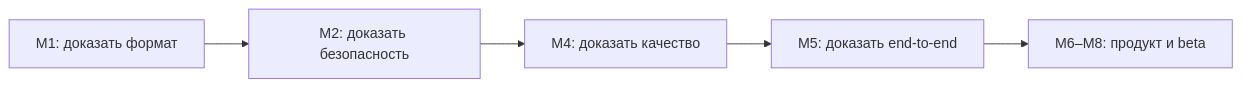
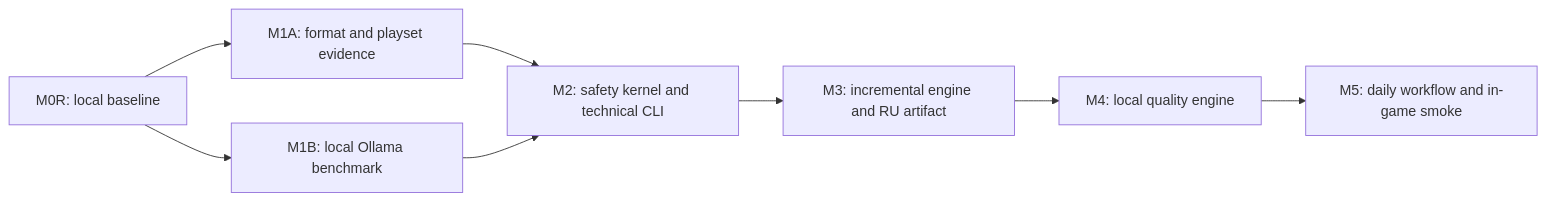
Before and after one commit to elenandar/Stellaris-mod-translator: the diagram in docs/roadmap.md, drawn with Mermaid. The commit also changed other lines of this file and 12 other files, not shown here.

````diff
--- a/docs/roadmap.md
+++ b/docs/roadmap.md
@@ -46,7 +41,10 @@
 ```mermaid
 flowchart LR
-    A["M1: доказать формат"] --> B["M2: доказать безопасность"]
-    B --> C["M4: доказать качество"]
-    C --> D["M5: доказать end-to-end"]
-    D --> E["M6–M8: продукт и beta"]
+    A["M0R: local baseline"] --> B["M1A: format and playset evidence"]
+    A --> C["M1B: local Ollama benchmark"]
+    B --> D["M2: safety kernel and technical CLI"]
+    C --> D
+    D --> E["M3: incremental engine and RU artifact"]
+    E --> F["M4: local quality engine"]
+    F --> G["M5: daily workflow and in-game smoke"]
 ```
````
